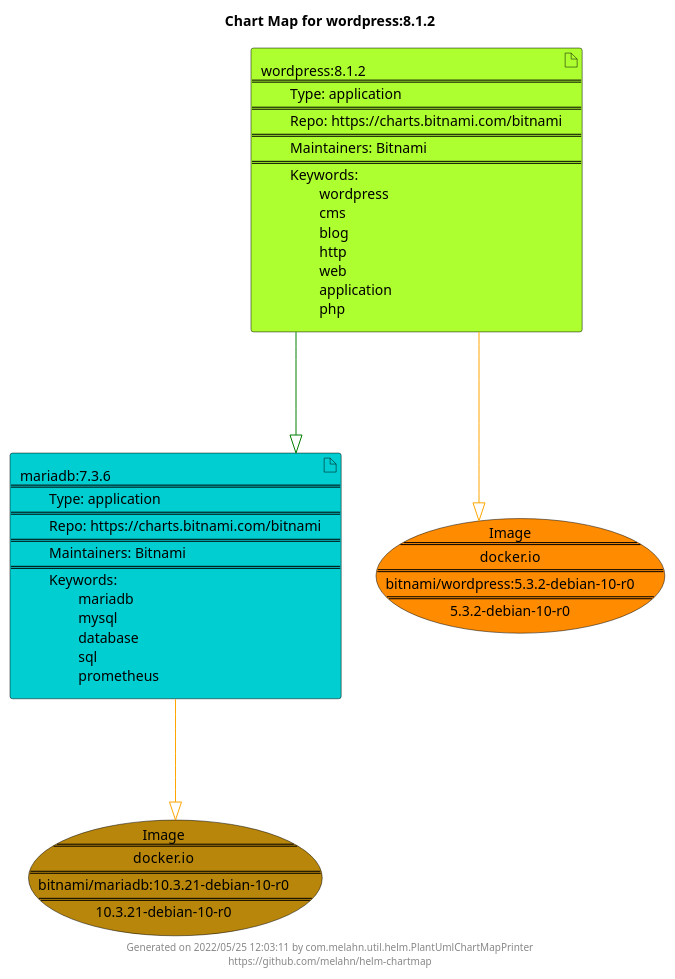
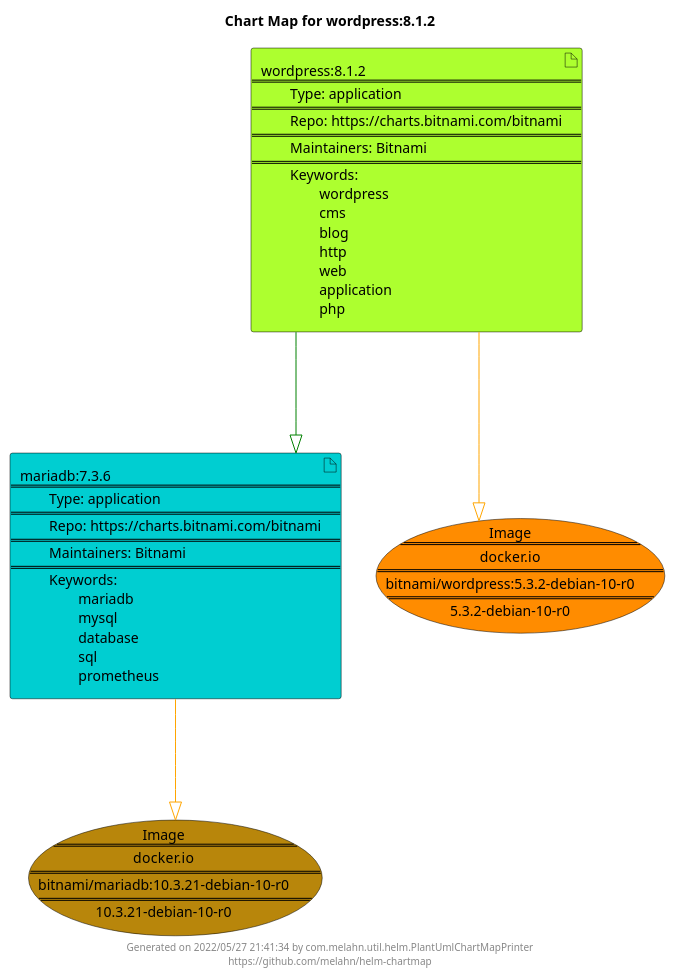
Before and after one commit to melahn/helm-chartmap: the diagram in docs/wordpress/wordpress-8.1.2.puml, drawn with PlantUML. The commit also changed 63 other files, not shown here.

Commit message:
Update Example Chart Maps as part of GitHub build

```diff
--- a/docs/wordpress/wordpress-8.1.2.puml
+++ b/docs/wordpress/wordpress-8.1.2.puml
@@ -1,25 +1,25 @@
 @startuml
 skinparam linetype ortho
 skinparam backgroundColor white
 skinparam usecaseBorderColor black
 skinparam usecaseArrowColor LightSlateGray
 skinparam artifactBorderColor black
 skinparam artifactArrowColor LightSlateGray
 
 title Chart Map for wordpress:8.1.2
 
 'There are 2 referenced Helm Charts
 artifact "mariadb:7.3.6\n====\n\tType: application\n====\n\tRepo: https://charts.bitnami.com/bitnami\n====\n\tMaintainers: Bitnami\n====\n\tKeywords: \n\t\tmariadb\n\t\tmysql\n\t\tdatabase\n\t\tsql\n\t\tprometheus" as mariadb_7_3_6 #DarkTurquoise
 artifact "wordpress:8.1.2\n====\n\tType: application\n====\n\tRepo: https://charts.bitnami.com/bitnami\n====\n\tMaintainers: Bitnami\n====\n\tKeywords: \n\t\twordpress\n\t\tcms\n\t\tblog\n\t\thttp\n\t\tweb\n\t\tapplication\n\t\tphp" as wordpress_8_1_2 #GreenYellow
 
 'There are 2 referenced Docker Images
 usecase "Image\n====\ndocker.io\n====\nbitnami/mariadb:10.3.21-debian-10-r0\n====\n10.3.21-debian-10-r0" as docker_io_bitnami_mariadb_10_3_21_debian_10_r0 #DarkGoldenRod
 usecase "Image\n====\ndocker.io\n====\nbitnami/wordpress:5.3.2-debian-10-r0\n====\n5.3.2-debian-10-r0" as docker_io_bitnami_wordpress_5_3_2_debian_10_r0 #Darkorange
 
 'Chart Dependencies
 wordpress_8_1_2--[#green]-|>mariadb_7_3_6
 mariadb_7_3_6--[#orange]-|>docker_io_bitnami_mariadb_10_3_21_debian_10_r0
 wordpress_8_1_2--[#orange]-|>docker_io_bitnami_wordpress_5_3_2_debian_10_r0
 
-center footer Generated on 2022/05/25 12:03:11 by com.melahn.util.helm.PlantUmlChartMapPrinter\nhttps://github.com/melahn/helm-chartmap
+center footer Generated on 2022/05/27 21:41:34 by com.melahn.util.helm.PlantUmlChartMapPrinter\nhttps://github.com/melahn/helm-chartmap
 @enduml
```
